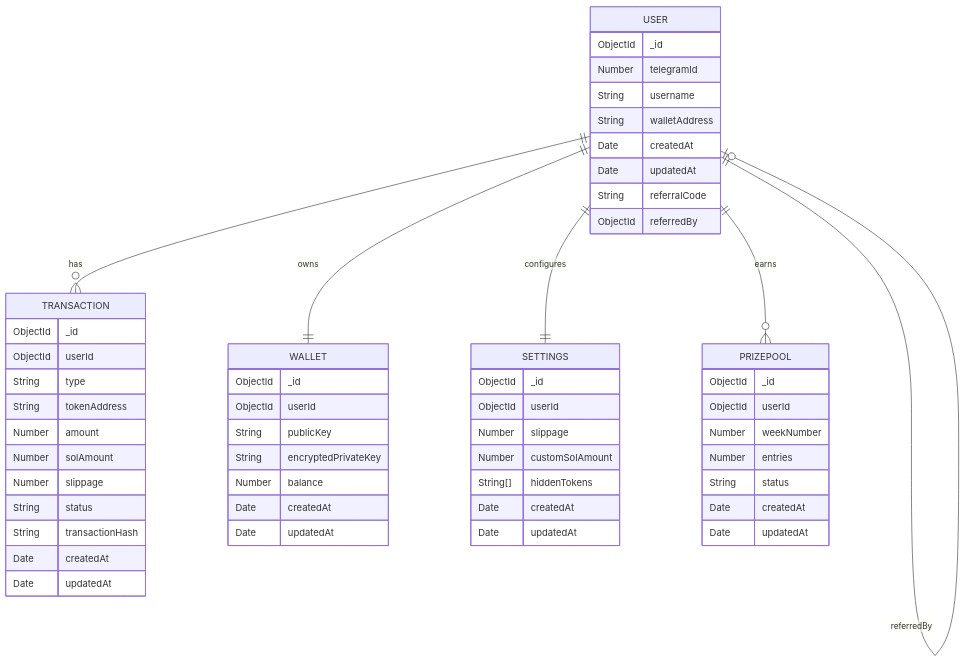
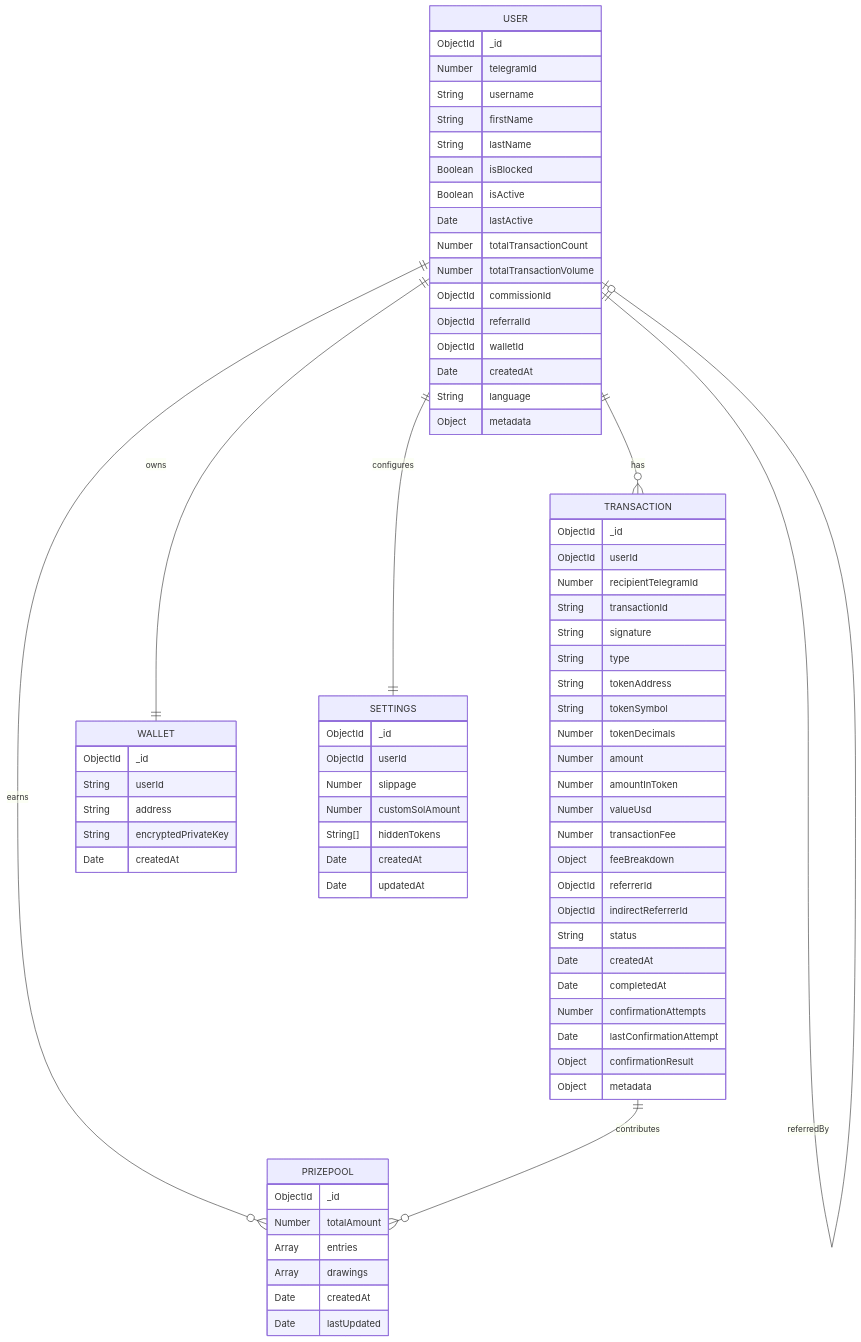
One commit to m-zeeshan-aly/Strike-Bot-Code-Documentation changed the diagram in architecture/database-schema.md. Above: the diagram before and after it, drawn with Mermaid. The commit also changed other lines of this file and 9 other files, not shown here.

````diff
--- a/architecture/database-schema.md
+++ b/architecture/database-schema.md
@@ -301,59 +321,77 @@
 ```mermaid
 erDiagram
     USER ||--o{ TRANSACTION : has
     USER ||--|| WALLET : owns
     USER ||--|| SETTINGS : configures
     USER ||--o{ PRIZEPOOL : earns
     USER ||--o| USER : referredBy
+    TRANSACTION ||--o{ PRIZEPOOL : contributes
 
     USER {
         ObjectId _id
         Number telegramId
         String username
-        String walletAddress
+        String firstName
+        String lastName
+        Boolean isBlocked
+        Boolean isActive
+        Date lastActive
+        Number totalTransactionCount
+        Number totalTransactionVolume
+        ObjectId commissionId
+        ObjectId referralId
+        ObjectId walletId
         Date createdAt
-        Date updatedAt
-        String referralCode
-        ObjectId referredBy
+        String language
+        Object metadata
     }
     TRANSACTION {
         ObjectId _id
         ObjectId userId
+        Number recipientTelegramId
+        String transactionId
+        String signature
         String type
         String tokenAddress
+        String tokenSymbol
+        Number tokenDecimals
         Number amount
-        Number solAmount
-        Number slippage
+        Number amountInToken
+        Number valueUsd
+        Number transactionFee
+        Object feeBreakdown
+        ObjectId referrerId
+        ObjectId indirectReferrerId
         String status
-        String transactionHash
         Date createdAt
-        Date updatedAt
+        Date completedAt
+        Number confirmationAttempts
+        Date lastConfirmationAttempt
+        Object confirmationResult
+        Object metadata
     }
     WALLET {
         ObjectId _id
-        ObjectId userId
-        String publicKey
+        String userId
+        String address
         String encryptedPrivateKey
-        Number balance
         Date createdAt
-        Date updatedAt
     }
     SETTINGS {
         ObjectId _id
         ObjectId userId
         Number slippage
         Number customSolAmount
         String[] hiddenTokens
         Date createdAt
         Date updatedAt
     }
     PRIZEPOOL {
         ObjectId _id
-        ObjectId userId
-        Number weekNumber
-        Number entries
-        String status
+        Number totalAmount
+        Array entries
+        Array drawings
         Date createdAt
-        Date updatedAt
+        Date lastUpdated
     }
 ```
````
